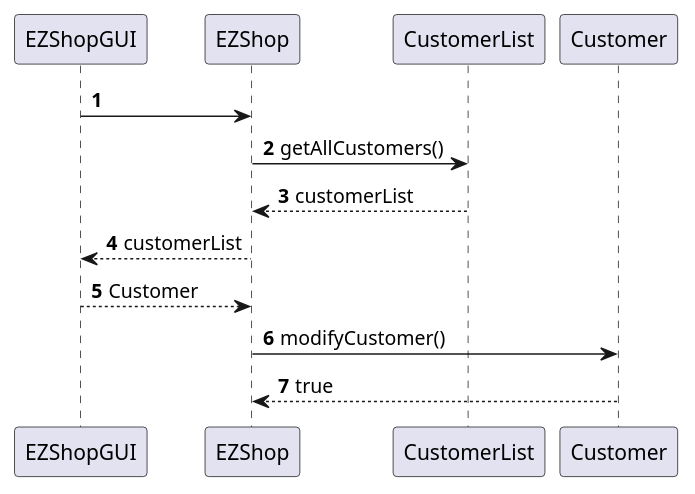
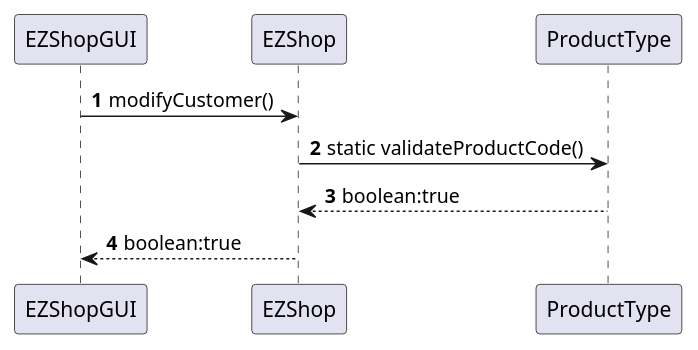
Before and after one commit to mkexc/ezshop: diagram 12 of 22 in Deliverables/DesignDocument.md, drawn with PlantUML. The commit also changed other lines of this file and 3 other files, not shown here.

````diff
--- a/Deliverables/DesignDocument.md
+++ b/Deliverables/DesignDocument.md
@@ -383,12 +355,9 @@
 ```plantuml
 @startuml
 autonumber
-EZShopGUI -> EZShop
-EZShop -> CustomerList : getAllCustomers()
-EZShop <-- CustomerList : customerList
-EZShop --> EZShopGUI : customerList
-EZShop <-- EZShopGUI : Customer
-EZShop -> Customer: modifyCustomer()
-EZShop <-- Customer: true
+EZShopGUI -> EZShop : modifyCustomer()
+EZShop -> ProductType : static validateProductCode()
+ProductType --> EZShop : boolean:true
+EZShop --> EZShopGUI : boolean:true
 @enduml
 ```
````
